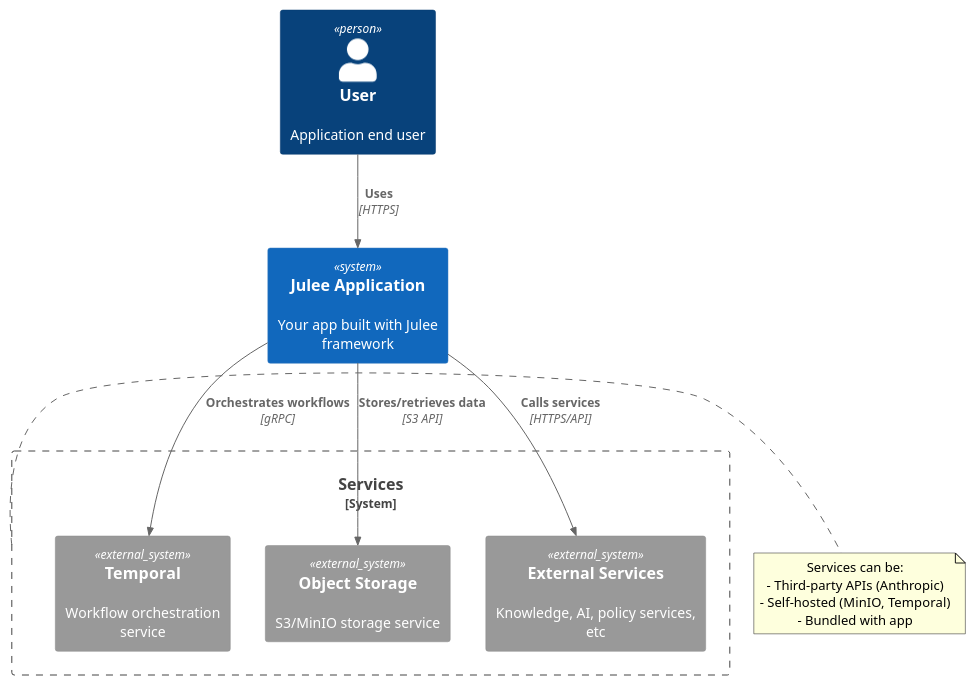
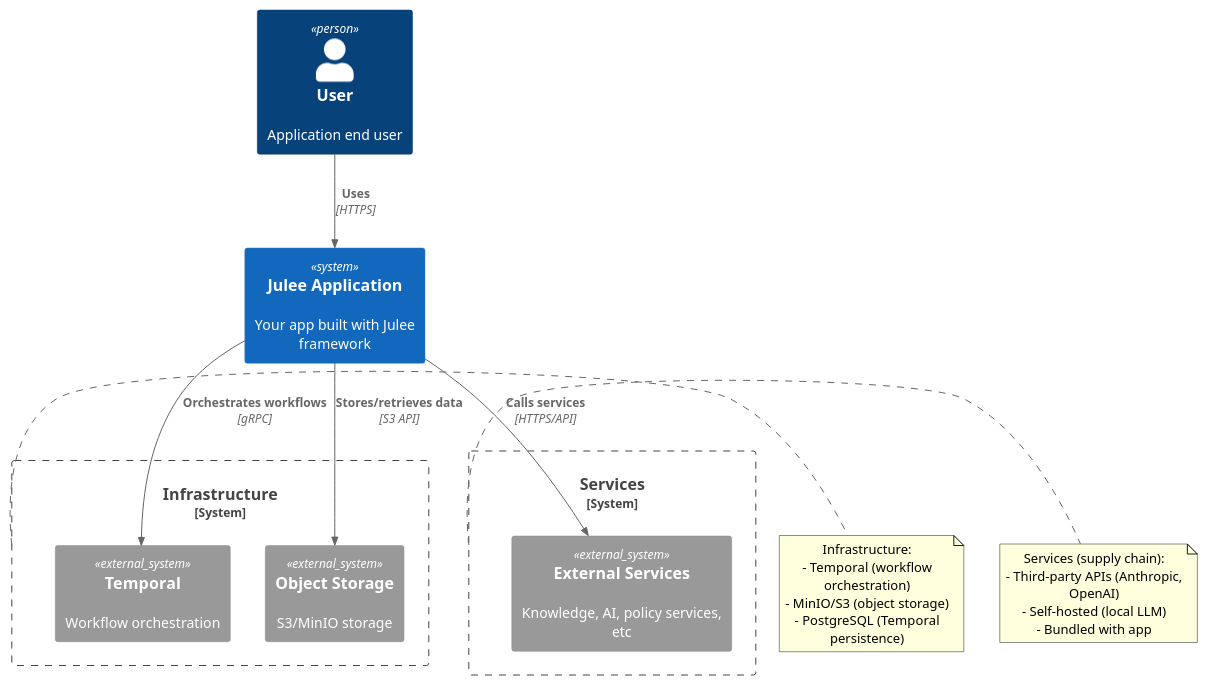
Before and after one commit to pyx-industries/julee: the first of 4 diagrams in docs/deployment.rst, drawn with PlantUML. The commit also changed other lines of this file and 1 other file, not shown here.

Commit message:
fix doc warnings

```diff
--- a/docs/deployment.rst
+++ b/docs/deployment.rst
@@ -11,26 +11,36 @@
 .. uml::
 
    @startuml
    !include <C4/C4_Context>
 
    Person(user, "User", "Application end user")
    System(juleeApp, "Julee Application", "Your app built with Julee framework")
 
+   System_Boundary(infra, "Infrastructure") {
+       System_Ext(temporal, "Temporal", "Workflow orchestration")
+       System_Ext(storage, "Object Storage", "S3/MinIO storage")
+   }
+
    System_Boundary(services, "Services") {
-       System_Ext(temporal, "Temporal", "Workflow orchestration service")
-       System_Ext(storage, "Object Storage", "S3/MinIO storage service")
        System_Ext(external, "External Services", "Knowledge, AI, policy services, etc")
    }
 
    Rel(user, juleeApp, "Uses", "HTTPS")
    Rel(juleeApp, temporal, "Orchestrates workflows", "gRPC")
    Rel(juleeApp, storage, "Stores/retrieves data", "S3 API")
    Rel(juleeApp, external, "Calls services", "HTTPS/API")
 
+   note right of infra
+     Infrastructure:
+     - Temporal (workflow orchestration)
+     - MinIO/S3 (object storage)
+     - PostgreSQL (Temporal persistence)
+   end note
+
    note right of services
-     Services can be:
-     - Third-party APIs (Anthropic)
-     - Self-hosted (MinIO, Temporal)
+     Services (supply chain):
+     - Third-party APIs (Anthropic, OpenAI)
+     - Self-hosted (local LLM)
      - Bundled with app
    end note
    @enduml
```
